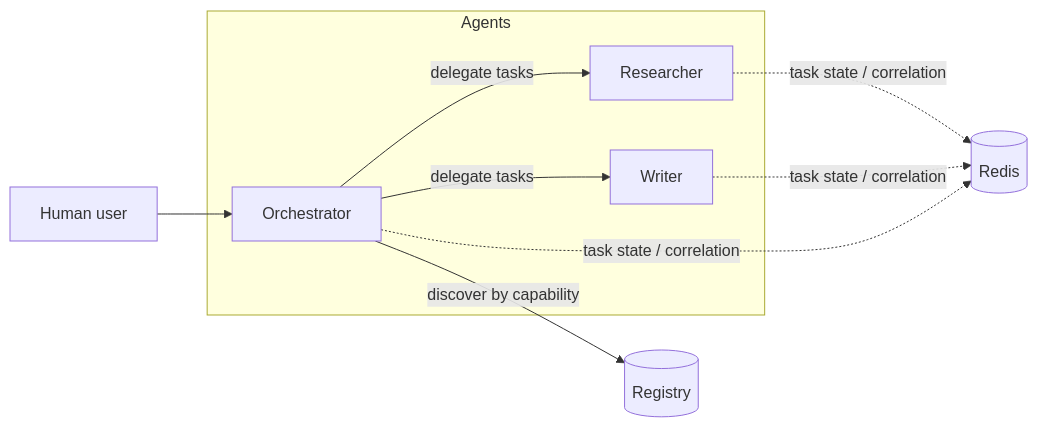
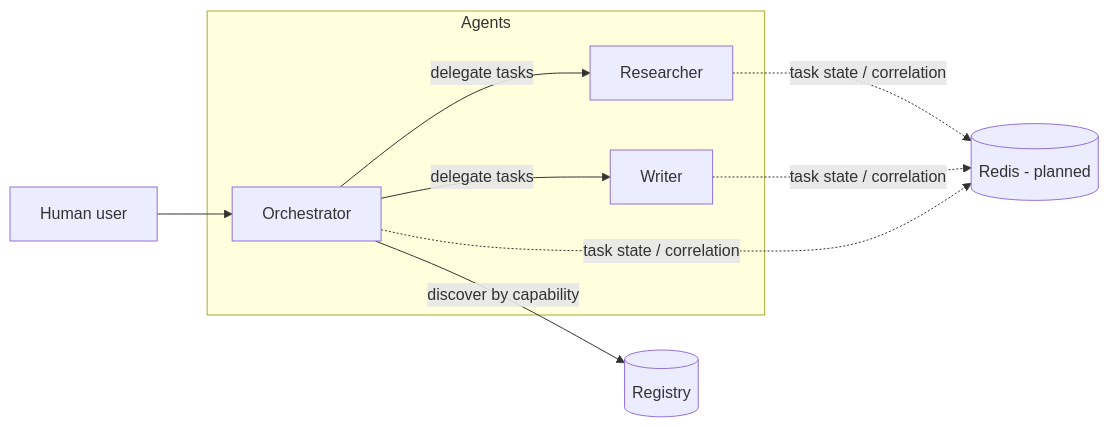
The diagram in docs/architecture.md (kirtanbhatt10/Agentmesh), drawn with Mermaid before and after one commit. The commit also changed other lines of this file and 5 other files, not shown here.

````diff
--- a/docs/architecture.md
+++ b/docs/architecture.md
@@ -14,17 +14,17 @@
 ```mermaid
 flowchart LR
     subgraph Agents
         O[Orchestrator]
         R[Researcher]
         W[Writer]
     end
     Reg[(Registry)]
-    Rd[(Redis)]
+    Rd[(Redis - planned)]
     User[Human user]
     User --> O
     O -->|discover by capability| Reg
     O -->|delegate tasks| R
     O -->|delegate tasks| W
     R & W -.->|task state / correlation| Rd
     O -.->|task state / correlation| Rd
 ```
````
